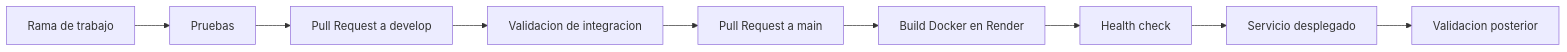
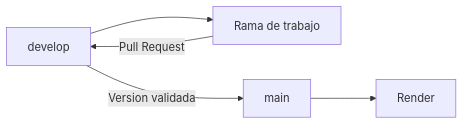
Before and after one commit to alex-bometon/pb03_equipo18: the diagram in docs/flujo-desarrollo.md, drawn with Mermaid. The commit also changed other lines of this file and 5 other files, not shown here.

````diff
--- a/docs/flujo-desarrollo.md
+++ b/docs/flujo-desarrollo.md
@@ -690,11 +43,7 @@
 ```mermaid
 flowchart LR
-    A[Rama de trabajo] --> B[Pruebas]
-    B --> C[Pull Request a develop]
-    C --> D[Validacion de integracion]
-    D --> E[Pull Request a main]
-    E --> F[Build Docker en Render]
-    F --> G[Health check]
-    G --> H[Servicio desplegado]
-    H --> I[Validacion posterior]
+    D[develop] --> F[Rama de trabajo]
+    F -->|Pull Request| D
+    D -->|Version validada| M[main]
+    M --> R[Render]
 ```
````
